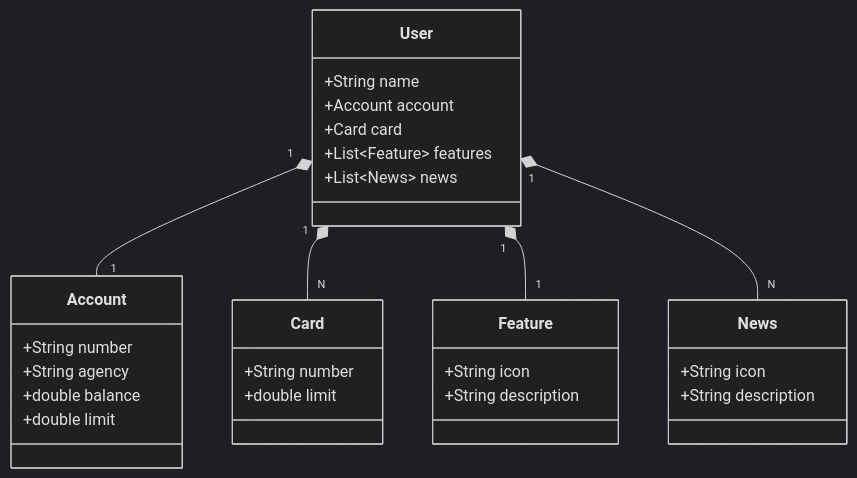
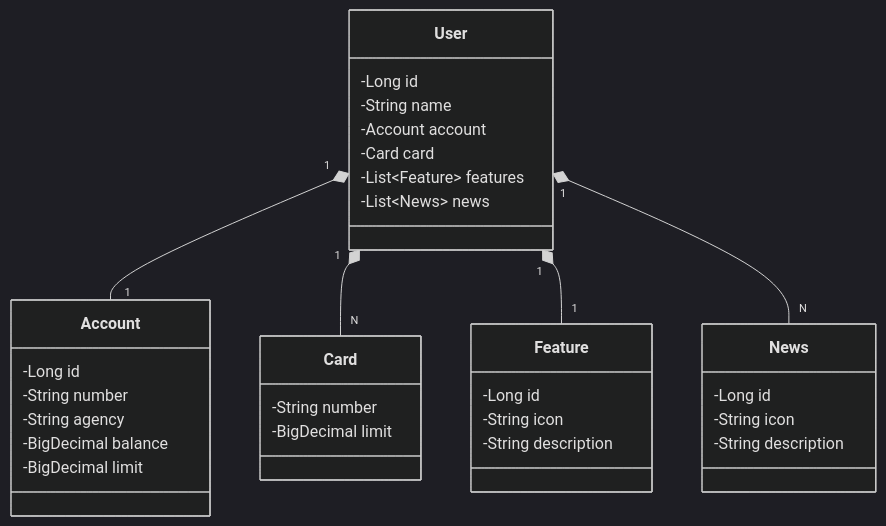
Before and after one commit to wfontelas/santander-dev-week: the diagram in README.md, drawn with Mermaid (dark theme).

Commit message:
Update README.md
Acrescentado no Diagrama o tipo private, e o id de cada classe

````diff
--- a/README.md
+++ b/README.md
@@ -5,37 +5,41 @@
 ```mermaid
 classDiagram
     class User {
-        +String name
-        +Account account
-        +Card card
-        +List~Feature~ features
-        +List~News~ news
+        -Long id
+        -String name
+        -Account account
+        -Card card
+        -List~Feature~ features
+        -List~News~ news
     }
 
     class Account {
-        +String number
-        +String agency
-        +double balance
-        +double limit
+        -Long id
+        -String number
+        -String agency
+        -BigDecimal balance
+        -BigDecimal limit
     }
 
     class Card {
-        +String number
-        +double limit
+        -String number
+        -BigDecimal limit
     }
 
     class Feature {
-        +String icon
-        +String description
+        -Long id
+        -String icon
+        -String description
     }
 
     class News {
-        +String icon
-        +String description
+        -Long id
+        -String icon
+        -String description
     }
 
     User "1" *-- "1" Account
     User "1" *-- "N" Card
     User "1" *-- "1" Feature
     User "1" *-- "N" News
 ```
````
